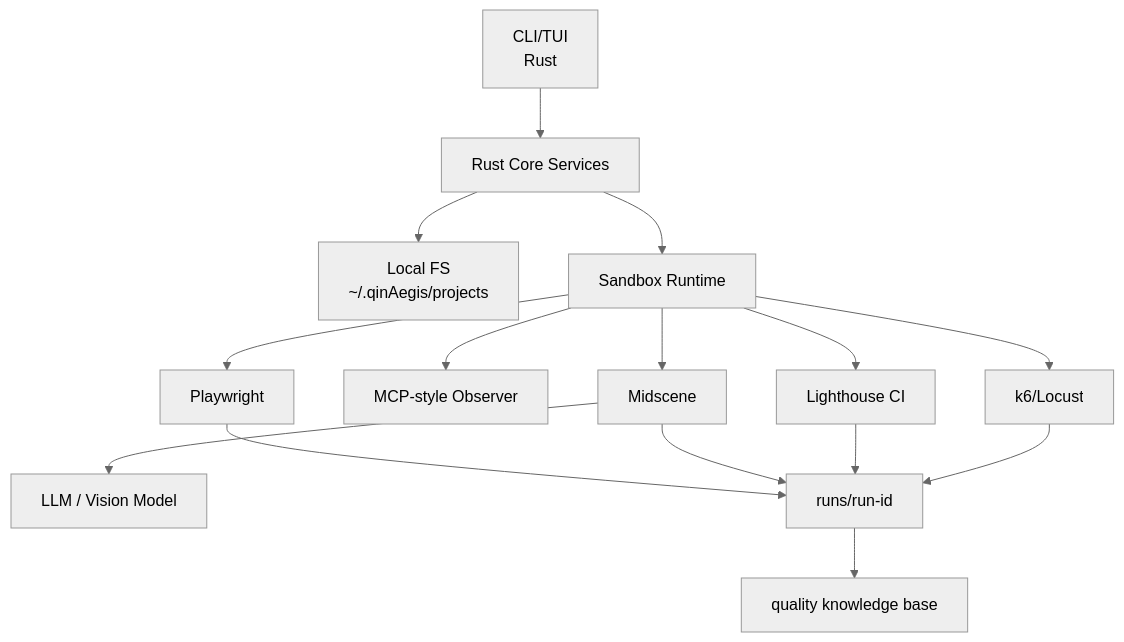
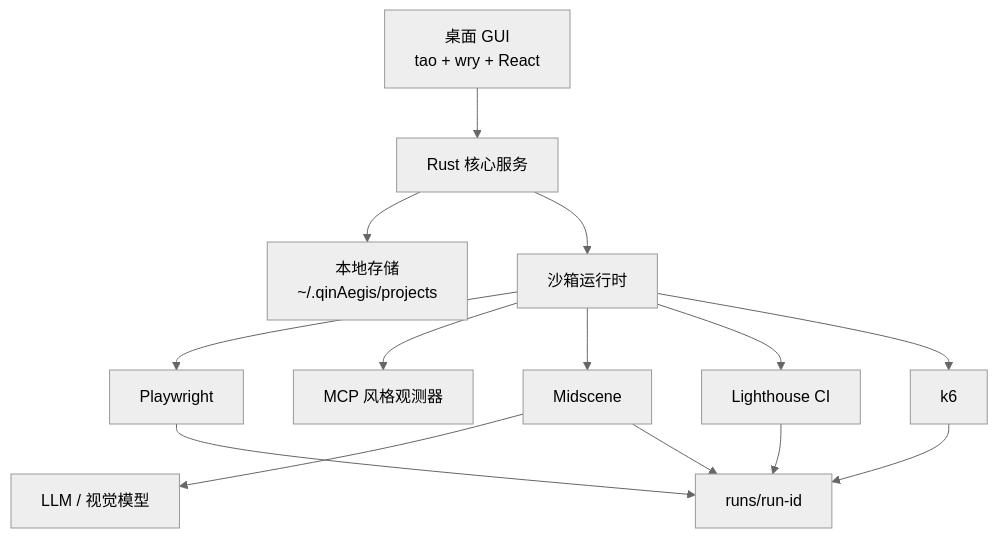
Before and after one commit to mbpz/qinAegis: the diagram in README_zh.md, drawn with Mermaid (neutral theme). The commit also changed other lines of this file and 57 other files, not shown here.

````diff
--- a/README_zh.md
+++ b/README_zh.md
@@ -93,19 +54,18 @@
 ```mermaid
 flowchart TB
-    CLI[CLI/TUI<br/>Rust] --> Core[Rust Core Services]
-    Core --> Storage[Local FS<br/>~/.qinAegis/projects]
-    Core --> Runtime[Sandbox Runtime]
+    GUI[桌面 GUI<br/>tao + wry + React] --> Core[Rust 核心服务]
+    Core --> Storage[本地存储<br/>~/.qinAegis/projects]
+    Core --> Runtime[沙箱运行时]
 
     Runtime --> Playwright[Playwright]
-    Runtime --> Observer[MCP-style Observer]
+    Runtime --> Observer[MCP 风格观测器]
     Runtime --> Midscene[Midscene]
     Runtime --> Lighthouse[Lighthouse CI]
-    Runtime --> Load[k6/Locust]
+    Runtime --> Load[k6]
 
-    Midscene --> Model[LLM / Vision Model]
+    Midscene --> Model[LLM / 视觉模型]
     Playwright --> Runs[runs/run-id]
     Midscene --> Runs
     Lighthouse --> Runs
     Load --> Runs
-    Runs --> Knowledge[quality knowledge base]
 ```
````
